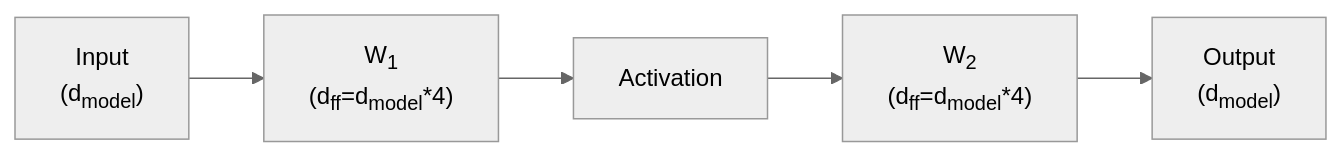
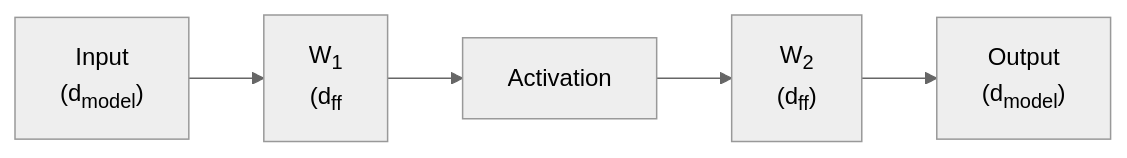
Before and after one commit to ChrisZhu2050/chriszhu2050.github.io: the third of 15 diagrams in index.md, drawn with Mermaid (neutral theme). The commit also changed other lines of this file, not shown here.

````diff
--- a/index.md
+++ b/index.md
@@ -137,10 +137,10 @@
     ```mermaid
       graph LR
           G["`Input
           (d<sub>model</sub>)`"]  --> 
           A["`W<sub>1</sub>
-          (d<sub>ff</sub>=d<sub>model</sub>*4)`"]  --> B["`Activation`"] --> D["`W<sub>2</sub>
-          (d<sub>ff</sub>=d<sub>model</sub>*4)
+          (d<sub>ff</sub>`"]  --> B["`Activation`"] --> D["`W<sub>2</sub>
+          (d<sub>ff</sub>)
           `"] --> E["`Output
           (d<sub>model</sub>)`"]
     ```  
````
